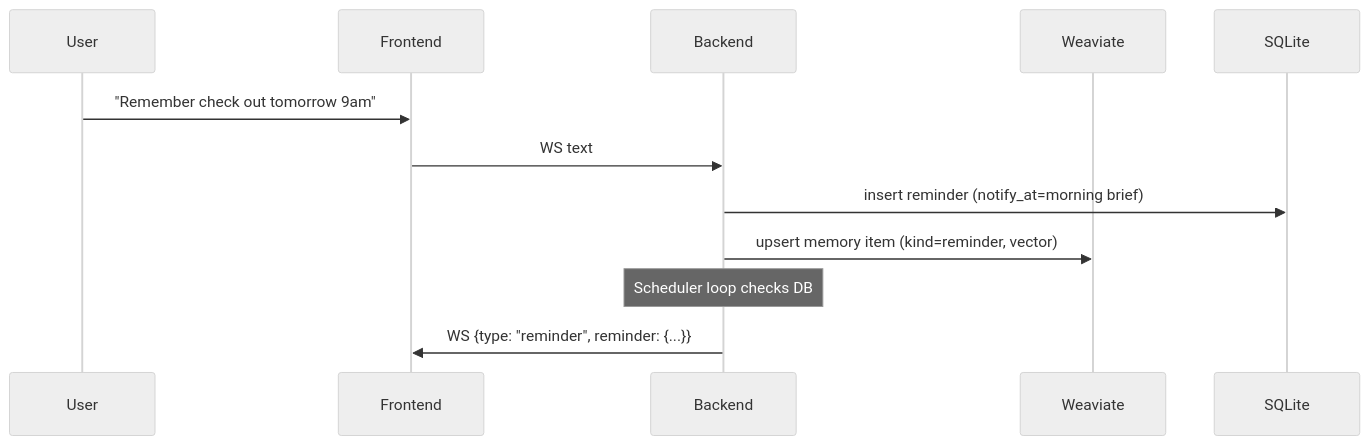
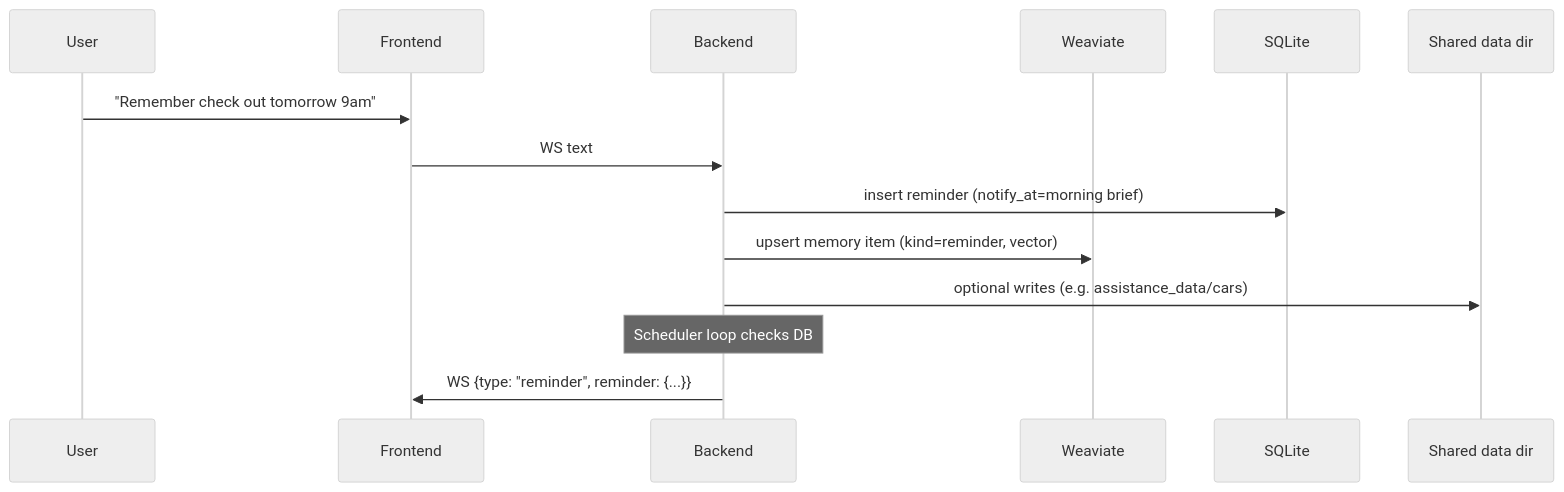
The second of 2 diagrams in services/assistance/CONCEPT.md (tonezzz/chaba), drawn with Mermaid (neutral theme) before and after one commit. The commit also changed other lines of this file, not shown here.

Commit message:
docs: update Mermaid architecture diagrams

````diff
--- a/services/assistance/CONCEPT.md
+++ b/services/assistance/CONCEPT.md
@@ -37,15 +38,17 @@
 ```mermaid
 sequenceDiagram
   participant U as User
   participant FE as Frontend
   participant BE as Backend
   participant WV as Weaviate
   participant DB as SQLite
+  participant FS as Shared data dir
 
   U->>FE: "Remember check out tomorrow 9am"
   FE->>BE: WS text
   BE->>DB: insert reminder (notify_at=morning brief)
   BE->>WV: upsert memory item (kind=reminder, vector)
+  BE->>FS: optional writes (e.g. assistance_data/cars)
   Note over BE: Scheduler loop checks DB
   BE->>FE: WS {type: "reminder", reminder: {...}}
 ```
````
